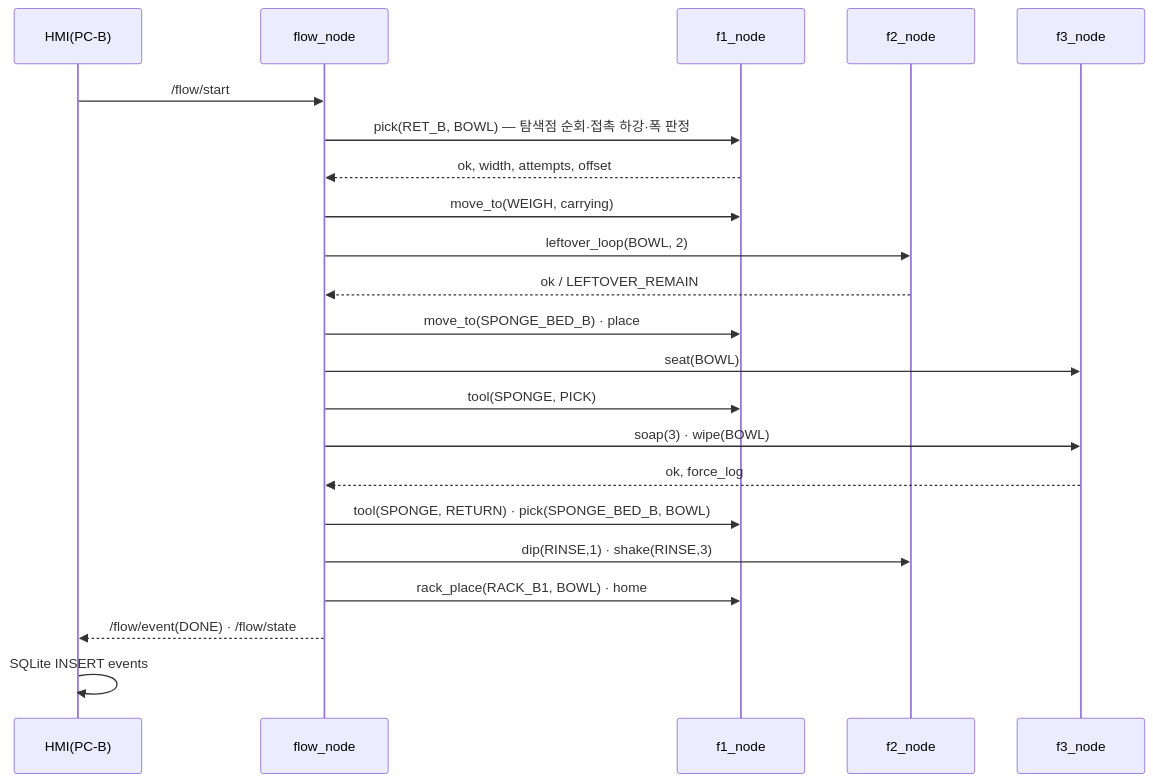
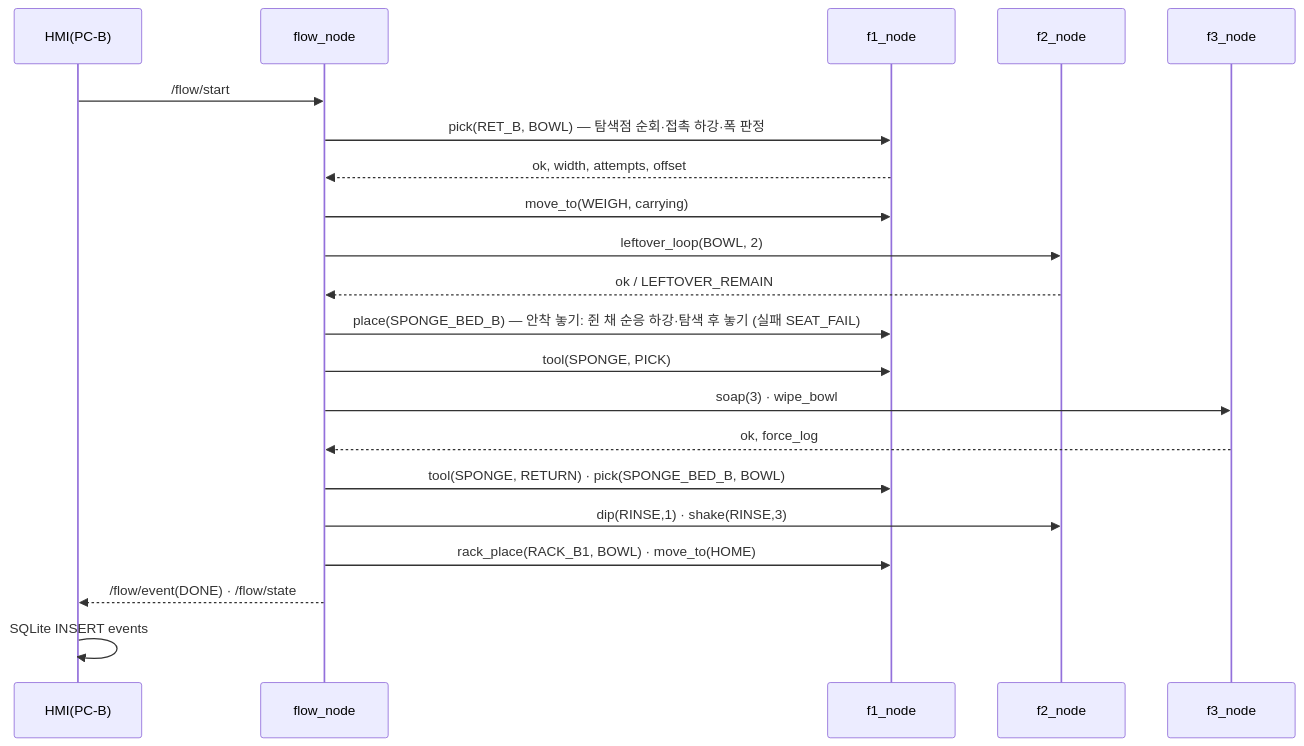
One commit to hwang-injae/rokey_9_pjt1_D2 changed the first of 2 diagrams in docs/03_설계_SDD.md. Above: the diagram before and after it, drawn with Mermaid. The commit also changed other lines of this file and 40 other files, not shown here.

````diff
--- a/docs/03_설계_SDD.md
+++ b/docs/03_설계_SDD.md
@@ -135,24 +138,23 @@
 ```mermaid
 sequenceDiagram
   participant H as HMI(PC-B)
   participant W as flow_node
   participant A as f1_node
   participant B as f2_node
   participant C as f3_node
   H->>W: /flow/start
   W->>A: pick(RET_B, BOWL)  — 탐색점 순회·접촉 하강·폭 판정
   A-->>W: ok, width, attempts, offset
   W->>A: move_to(WEIGH, carrying)
   W->>B: leftover_loop(BOWL, 2)
   B-->>W: ok / LEFTOVER_REMAIN
-  W->>A: move_to(SPONGE_BED_B) · place
-  W->>C: seat(BOWL)
+  W->>A: place(SPONGE_BED_B)  — 안착 놓기: 쥔 채 순응 하강·탐색 후 놓기 (실패 SEAT_FAIL)
   W->>A: tool(SPONGE, PICK)
-  W->>C: soap(3) · wipe(BOWL)
+  W->>C: soap(3) · wipe_bowl
   C-->>W: ok, force_log
   W->>A: tool(SPONGE, RETURN) · pick(SPONGE_BED_B, BOWL)
   W->>B: dip(RINSE,1) · shake(RINSE,3)
-  W->>A: rack_place(RACK_B1, BOWL) · home
+  W->>A: rack_place(RACK_B1, BOWL) · move_to(HOME)
   W-->>H: /flow/event(DONE) · /flow/state
   H->>H: SQLite INSERT events
 ```
````
